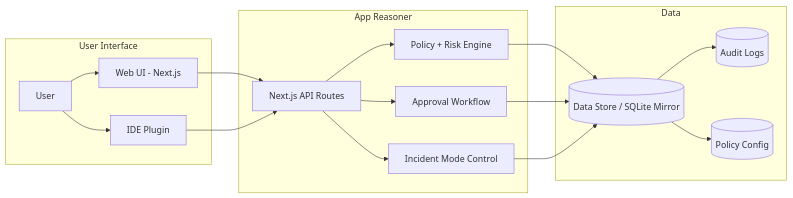
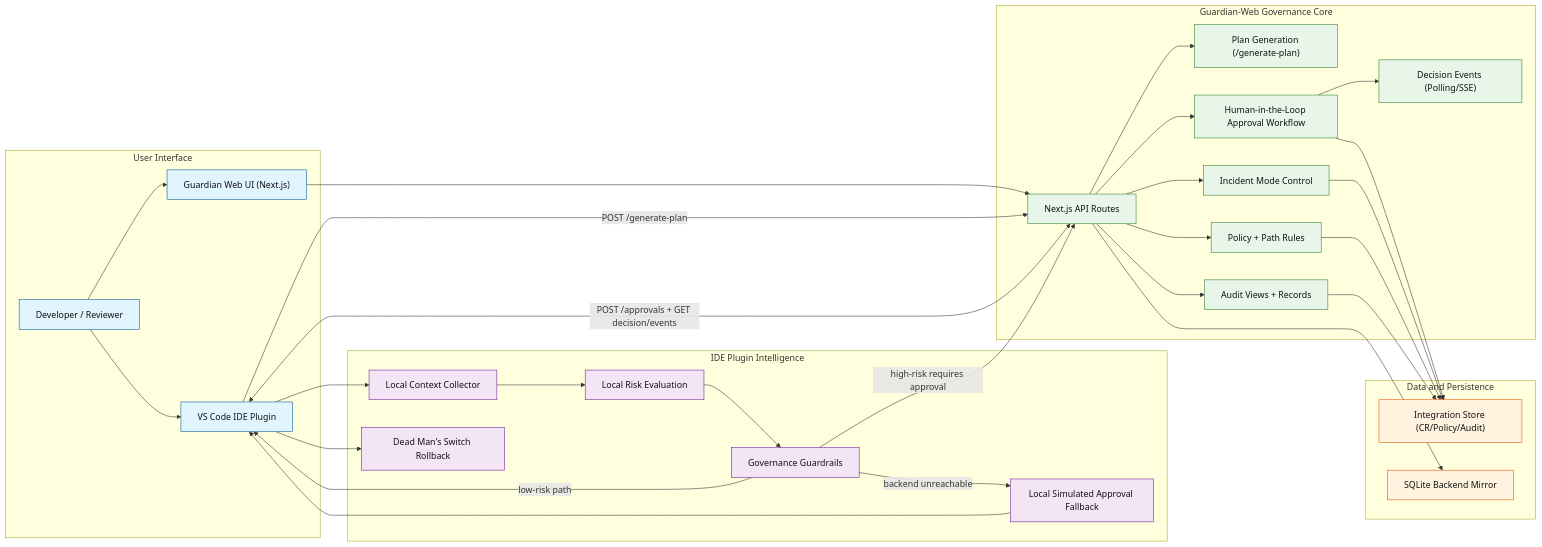
One commit to DasbootU9607/Deep-Learning-Week-Hackathon-2026-HaLoop-Team-CEEES changed the diagram in README.md. Above: the diagram before and after it, drawn with Mermaid. The commit also changed 2 other files, not shown here.

Commit message:
UI update

````diff
--- a/README.md
+++ b/README.md
@@ -41,37 +41,70 @@
 ```mermaid
 flowchart LR
+
+
     subgraph Client_Layer["User Interface"]
-        U[User]
-        W[Web UI - Next.js]
-        P[IDE Plugin]
+        USER["Developer / Reviewer"]
+        WEB["Guardian Web UI (Next.js)"]
+        PLUGIN["VS Code IDE Plugin"]
     end
 
-    subgraph App_Layer["App Reasoner"]
-        API[Next.js API Routes]
-        GOV[Policy + Risk Engine]
-        APPROVAL[Approval Workflow]
-        INCIDENT[Incident Mode Control]
+    subgraph Plugin_Intelligence["IDE Plugin Intelligence"]
+        CONTEXT["Local Context Collector"]
+        RISK["Local Risk Evaluation"]
+        GUARD["Governance Guardrails"]
+        DMS["Dead Man's Switch Rollback"]
+        FALLBACK["Local Simulated Approval Fallback"]
     end
 
-    subgraph Data_Layer["Data"]
-        STORE[(Data Store / SQLite Mirror)]
-        AUDIT[(Audit Logs)]
-        POLICY[(Policy Config)]
+    subgraph Governance_Core["Guardian-Web Governance Core"]
+        API["Next.js API Routes"]
+        PLAN["Plan Generation (/generate-plan)"]
+        APPROVAL["Human-in-the-Loop Approval Workflow"]
+        EVENTS["Decision Events (Polling/SSE)"]
+        INCIDENT["Incident Mode Control"]
+        POLICY["Policy + Path Rules"]
+        AUDIT["Audit Views + Records"]
     end
 
-    U --> W
-    U --> P
-    W --> API
-    P --> API
+    subgraph Data_Layer["Data and Persistence"]
+        STORE["Integration Store (CR/Policy/Audit)"]
+        MIRROR["SQLite Backend Mirror"]
+    end
 
-    API --> GOV
-    API --> APPROVAL
+    USER --> WEB
+    USER --> PLUGIN
+
+    PLUGIN --> CONTEXT --> RISK --> GUARD
+    GUARD -->|low-risk path| PLUGIN
+    GUARD -->|high-risk requires approval| API
+    GUARD -->|backend unreachable| FALLBACK --> PLUGIN
+
+    WEB --> API
+    PLUGIN -->|POST /generate-plan| API
+    PLUGIN <-->|POST /approvals + GET decision/events| API
+
+    API --> PLAN
+    API --> APPROVAL --> EVENTS
     API --> INCIDENT
+    API --> POLICY
+    API --> AUDIT
 
-    GOV --> STORE
     APPROVAL --> STORE
     INCIDENT --> STORE
+    POLICY --> STORE
+    AUDIT --> STORE
+    API --> MIRROR
 
-    STORE --> AUDIT
-    STORE --> POLICY
+    PLUGIN --> DMS
+
+    classDef client fill:#e1f5fe,stroke:#01579b,color:#111;
+    classDef plugin fill:#f3e5f5,stroke:#6a1b9a,color:#111;
+    classDef gov fill:#e8f5e9,stroke:#2e7d32,color:#111;
+    classDef data fill:#fff3e0,stroke:#e65100,color:#111;
+
+    class USER,WEB,PLUGIN client
+    class CONTEXT,RISK,GUARD,DMS,FALLBACK plugin
+    class API,PLAN,APPROVAL,EVENTS,INCIDENT,POLICY,AUDIT gov
+    class STORE,MIRROR data
+
 ```
````
